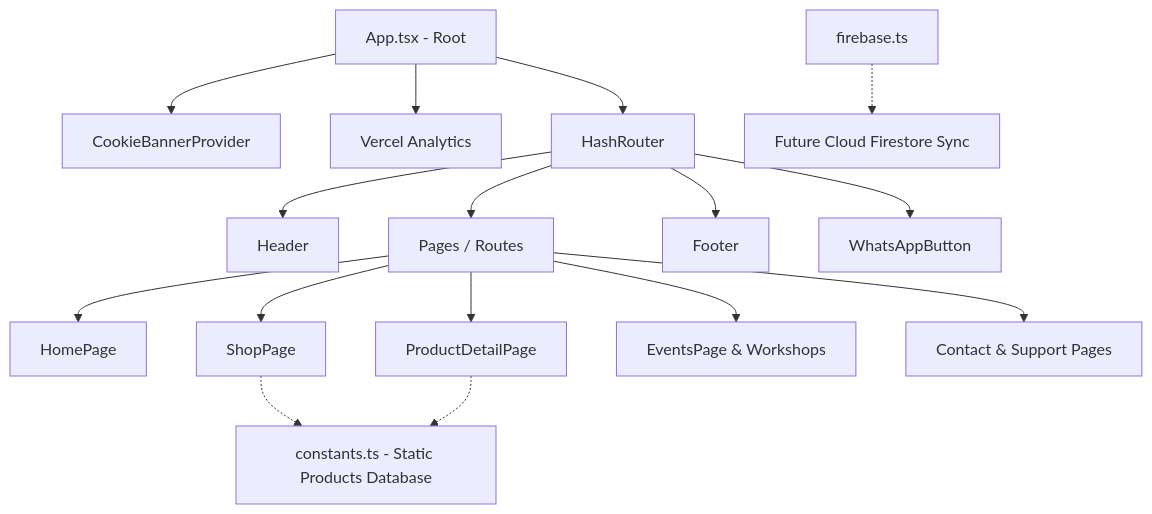
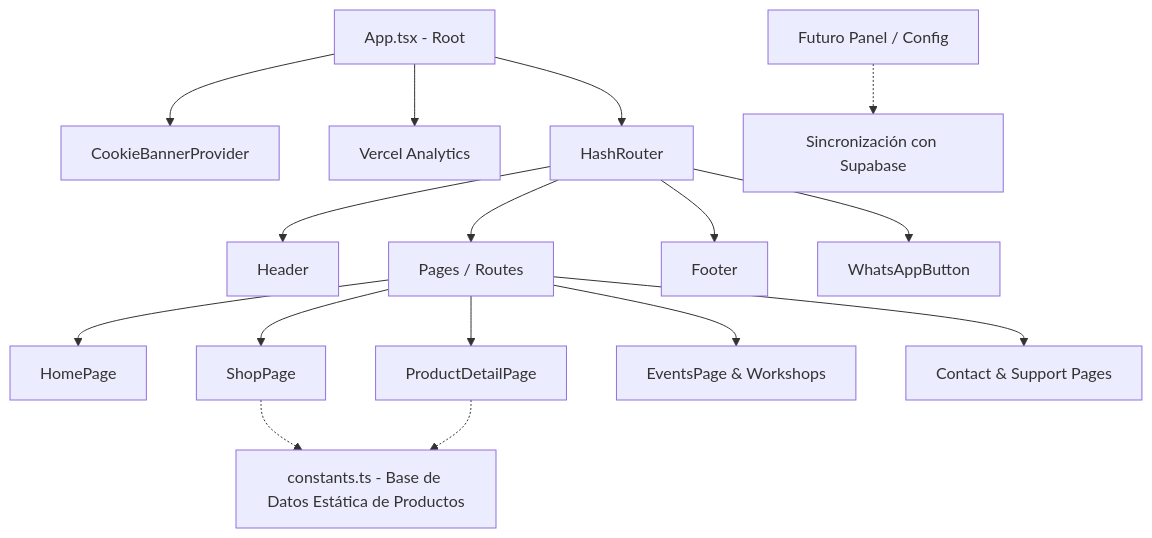
Before and after one commit to JeanWeb96/mandalobonito: the diagram in README.md, drawn with Mermaid. The commit also changed other lines of this file and 3 other files, not shown here.

````diff
--- a/README.md
+++ b/README.md
@@ -32,21 +32,21 @@
 ```mermaid
 graph TD
     A[App.tsx - Root] --> B[CookieBannerProvider]
     A --> C[Vercel Analytics]
     A --> D[HashRouter]
     D --> E[Header]
     D --> F[Pages / Routes]
     D --> G[Footer]
     D --> H[WhatsAppButton]
     
     F --> F1[HomePage]
     F --> F2[ShopPage]
     F --> F3[ProductDetailPage]
     F --> F4[EventsPage & Workshops]
     F --> F5[Contact & Support Pages]
     
-    F2 -.-> I[constants.ts - Static Products Database]
+    F2 -.-> I[constants.ts - Base de Datos Estática de Productos]
     F3 -.-> I
     
-    J[firebase.ts] -.-> K[Future Cloud Firestore Sync]
+    J[Futuro Panel / Config] -.-> K[Sincronización con Supabase]
 ```
````
